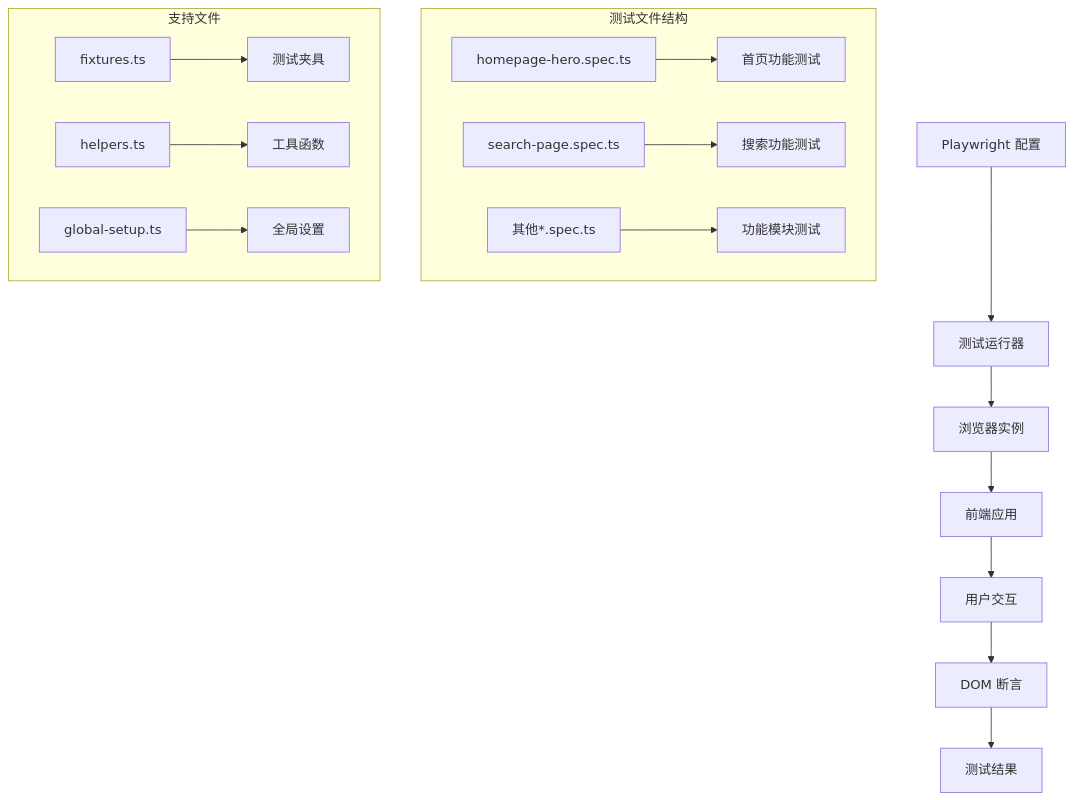
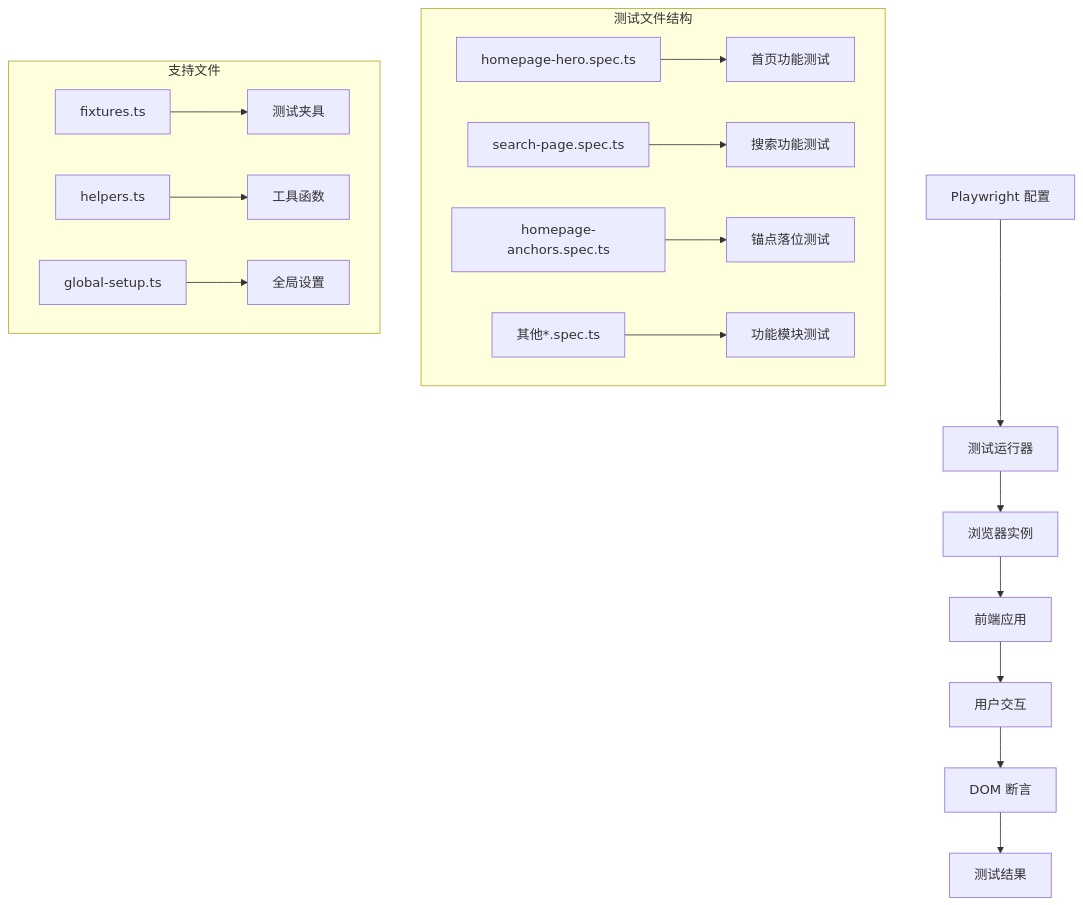
The sixth of 9 diagrams in .qoder/repowiki/zh/content/测试策略.md (luyitiger6/my-first-project), drawn with Mermaid before and after one commit. The commit also changed other lines of this file and 42 other files, not shown here.

````diff
--- a/.qoder/repowiki/zh/content/测试策略.md
+++ b/.qoder/repowiki/zh/content/测试策略.md
@@ -270,19 +339,20 @@
 ```mermaid
 flowchart TD
 A["Playwright 配置"] --> B["测试运行器"]
 B --> C["浏览器实例"]
 C --> D["前端应用"]
 D --> E["用户交互"]
 E --> F["DOM 断言"]
 F --> G["测试结果"]
 subgraph "测试文件结构"
 H["homepage-hero.spec.ts"] --> I["首页功能测试"]
 J["search-page.spec.ts"] --> K["搜索功能测试"]
-L["其他*.spec.ts"] --> M["功能模块测试"]
+L["homepage-anchors.spec.ts"] --> M["锚点落位测试"]
+N["其他*.spec.ts"] --> O["功能模块测试"]
 end
 subgraph "支持文件"
-N["fixtures.ts"] --> O["测试夹具"]
-P["helpers.ts"] --> Q["工具函数"]
-R["global-setup.ts"] --> S["全局设置"]
+P["fixtures.ts"] --> Q["测试夹具"]
+R["helpers.ts"] --> S["工具函数"]
+T["global-setup.ts"] --> U["全局设置"]
 end
 ```
````
